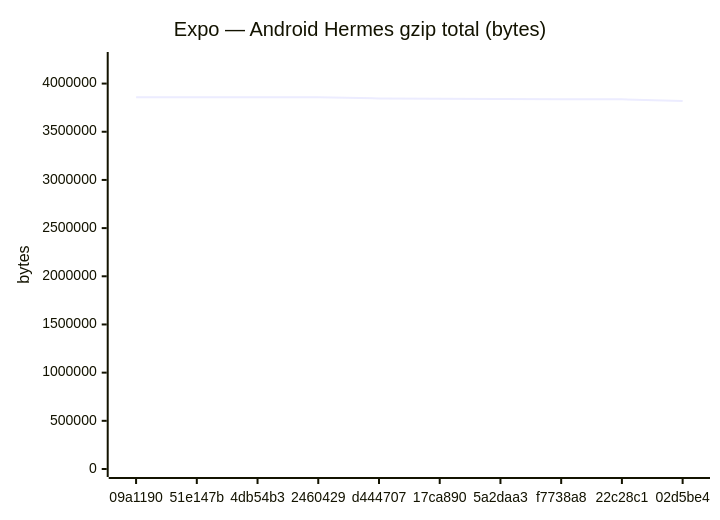
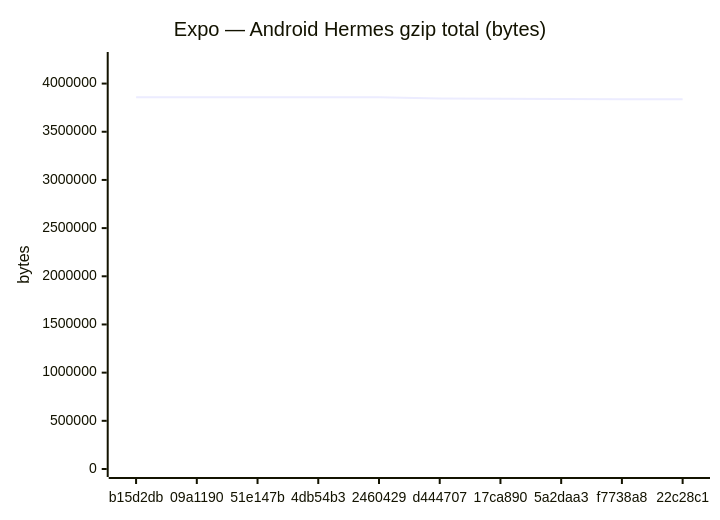
Before and after one commit to Metaheurist/Rianell: the fifth of 18 diagrams in benchmarks/compare.md, drawn with Mermaid. The commit also changed other lines of this file and 11 other files, not shown here.

````diff
--- a/benchmarks/compare.md
+++ b/benchmarks/compare.md
@@ -89,7 +89,7 @@
 ```mermaid
 xychart-beta
     title "Expo — Android Hermes gzip total (bytes)"
-    x-axis ["09a1190", "51e147b", "4db54b3", "2460429", "d444707", "17ca890", "5a2daa3", "f7738a8", "22c28c1", "02d5be4"]
+    x-axis ["b15d2db", "09a1190", "51e147b", "4db54b3", "2460429", "d444707", "17ca890", "5a2daa3", "f7738a8", "22c28c1"]
     y-axis "bytes" 0 --> 4244641
-    line [3858763, 3858763, 3858762, 3858764, 3845905, 3843474, 3841087, 3837618, 3836645, 3819535]
+    line [3858195, 3858763, 3858763, 3858762, 3858764, 3845905, 3843474, 3841087, 3837618, 3836645]
 ```
````
